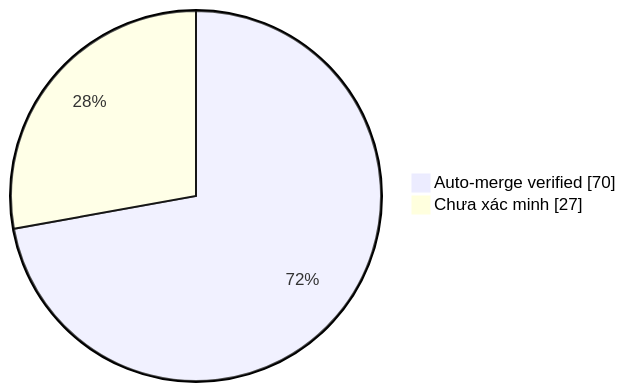
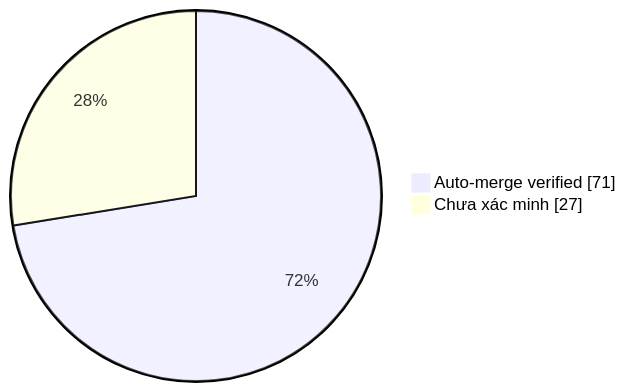
One commit to duykhang68/tetdinhmuiblog changed the diagram in collector.md. Above: the diagram before and after it, drawn with Mermaid. The commit also changed other lines of this file and 1 other file, not shown here.

Commit message:
docs(collector): update auto-merge evidence dashboard

````diff
--- a/collector.md
+++ b/collector.md
@@ -22,5 +22,5 @@
 ```mermaid
 pie showData
-    "Auto-merge verified" : 70
+    "Auto-merge verified" : 71
     "Chưa xác minh" : 27
 ```
````
